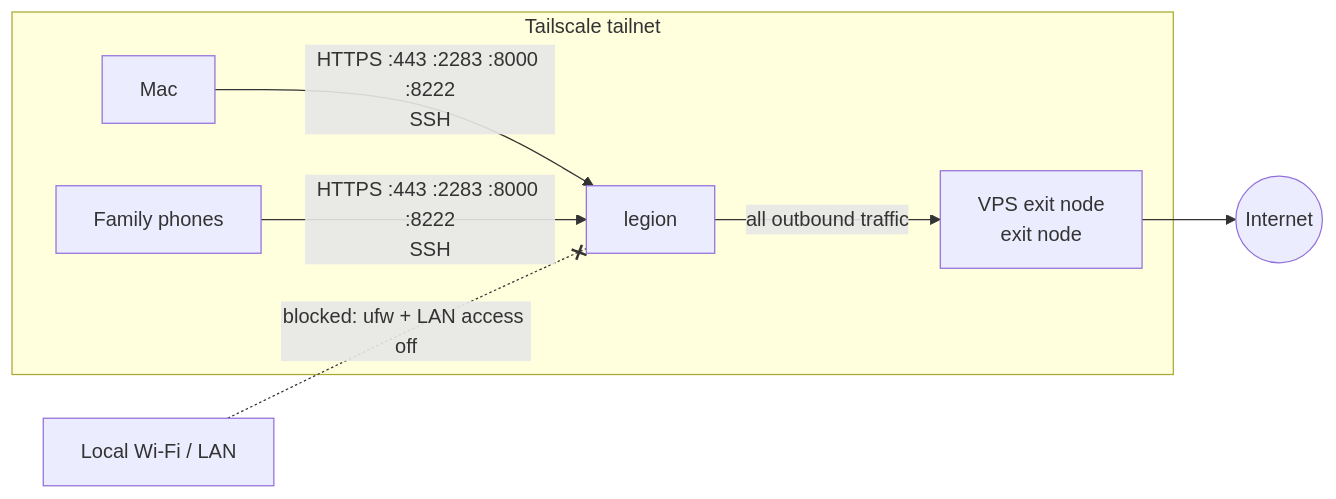
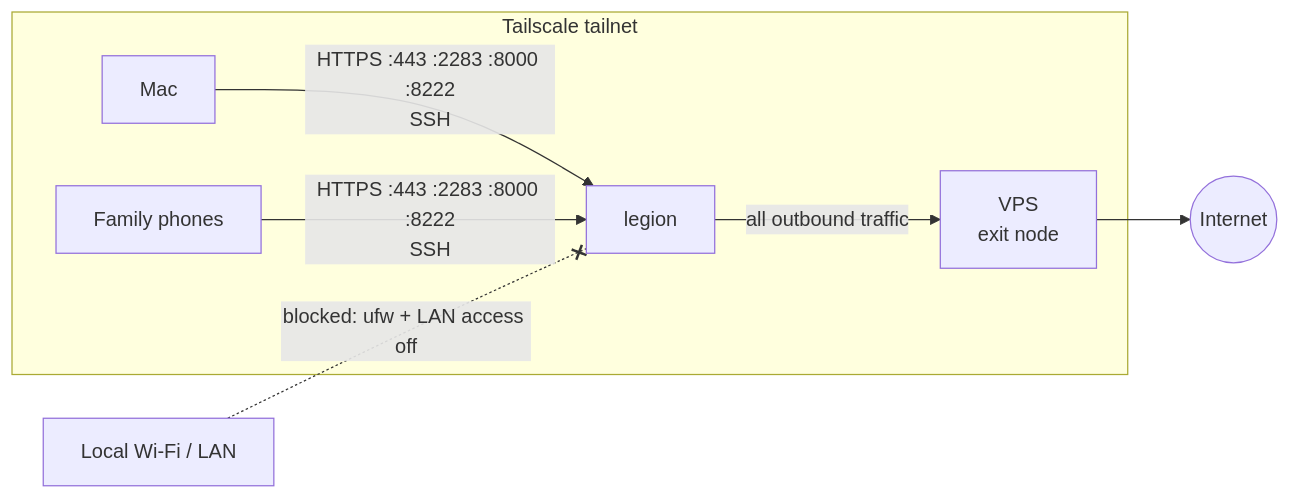
Before and after one commit to tristonarmstrong/legion-homelab: the second of 2 diagrams in docs/architecture.md, drawn with Mermaid. The commit also changed other lines of this file and 13 other files, not shown here.

````diff
--- a/docs/architecture.md
+++ b/docs/architecture.md
@@ -89,15 +89,15 @@
 ```mermaid
 flowchart LR
     subgraph tailnet["Tailscale tailnet"]
         mac["Mac"]
         phones["Family phones"]
-        legion["legion<br/><legion-host>"]
-        vps["VPS exit node<br/>exit node"]
+        legion["legion"]
+        vps["VPS<br/>exit node"]
     end
     lan["Local Wi-Fi / LAN"]
     internet(("Internet"))
 
     mac & phones -- "HTTPS :443 :2283 :8000 :8222<br/>SSH" --> legion
     legion -- "all outbound traffic" --> vps --> internet
     lan -. "blocked: ufw + LAN access off" .-x legion
 ```
````
